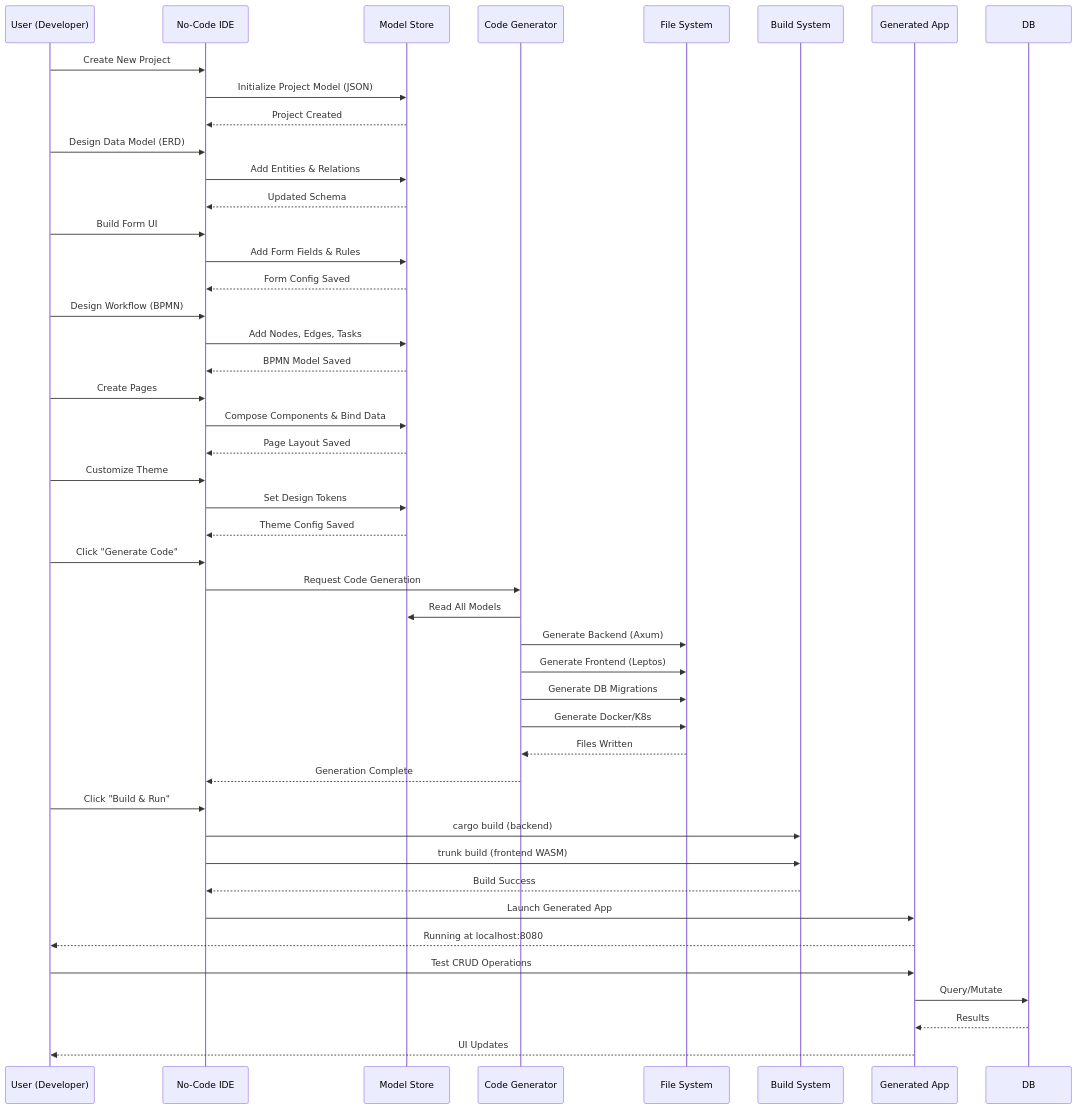
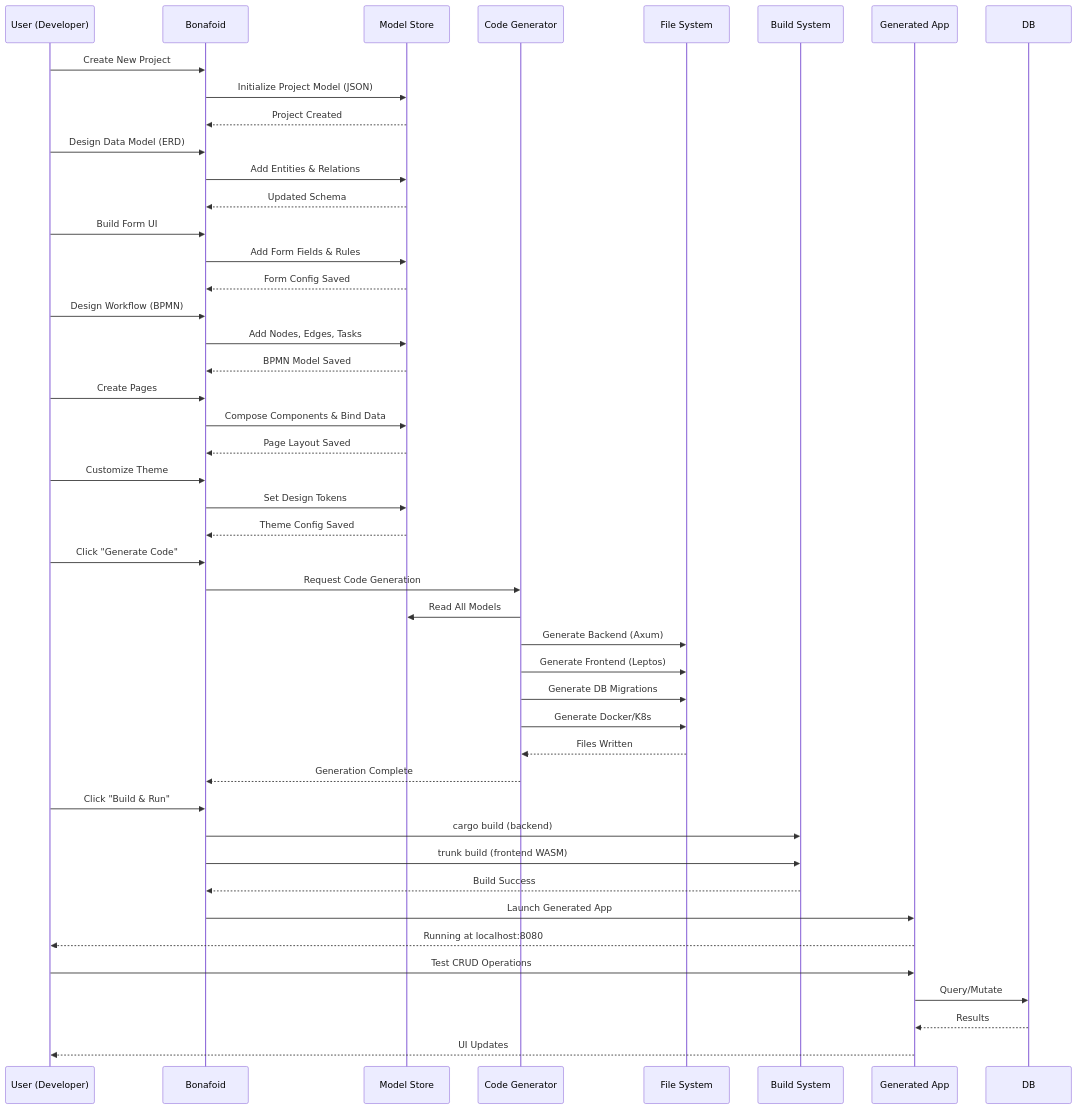
Before and after one commit to harrysuke/Bonafoid: diagram 16 of 16 in docs/System Architecture Diagrams.md, drawn with Mermaid. The commit also changed other lines of this file and 127 other files, not shown here.

````diff
--- a/docs/System Architecture Diagrams.md
+++ b/docs/System Architecture Diagrams.md
@@ -817,56 +817,56 @@
 ```mermaid
 sequenceDiagram
     participant U as User (Developer)
-    participant IDE as No-Code IDE
+    participant IDE as Bonafoid
     participant Model as Model Store
     participant CG as Code Generator
     participant FS as File System
     participant Build as Build System
     participant App as Generated App
     
     U->>IDE: Create New Project
     IDE->>Model: Initialize Project Model (JSON)
     Model-->>IDE: Project Created
     
     U->>IDE: Design Data Model (ERD)
     IDE->>Model: Add Entities & Relations
     Model-->>IDE: Updated Schema
     
     U->>IDE: Build Form UI
     IDE->>Model: Add Form Fields & Rules
     Model-->>IDE: Form Config Saved
     
     U->>IDE: Design Workflow (BPMN)
     IDE->>Model: Add Nodes, Edges, Tasks
     Model-->>IDE: BPMN Model Saved
     
     U->>IDE: Create Pages
     IDE->>Model: Compose Components & Bind Data
     Model-->>IDE: Page Layout Saved
     
     U->>IDE: Customize Theme
     IDE->>Model: Set Design Tokens
     Model-->>IDE: Theme Config Saved
     
     U->>IDE: Click "Generate Code"
     IDE->>CG: Request Code Generation
     CG->>Model: Read All Models
     CG->>FS: Generate Backend (Axum)
     CG->>FS: Generate Frontend (Leptos)
     CG->>FS: Generate DB Migrations
     CG->>FS: Generate Docker/K8s
     FS-->>CG: Files Written
     CG-->>IDE: Generation Complete
     
     U->>IDE: Click "Build & Run"
     IDE->>Build: cargo build (backend)
     IDE->>Build: trunk build (frontend WASM)
     Build-->>IDE: Build Success
     IDE->>App: Launch Generated App
     App-->>U: Running at localhost:8080
     
     U->>App: Test CRUD Operations
     App->>DB: Query/Mutate
     DB-->>App: Results
     App-->>U: UI Updates
 ```
````
